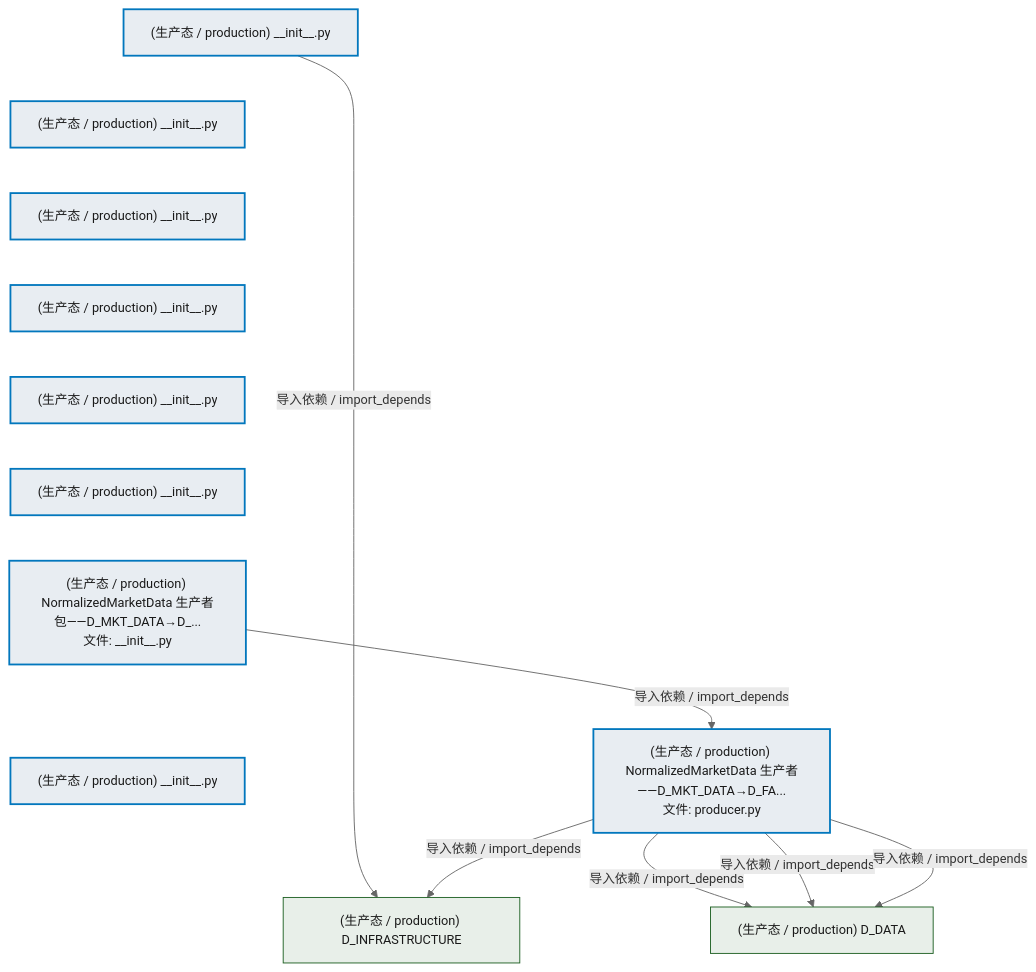
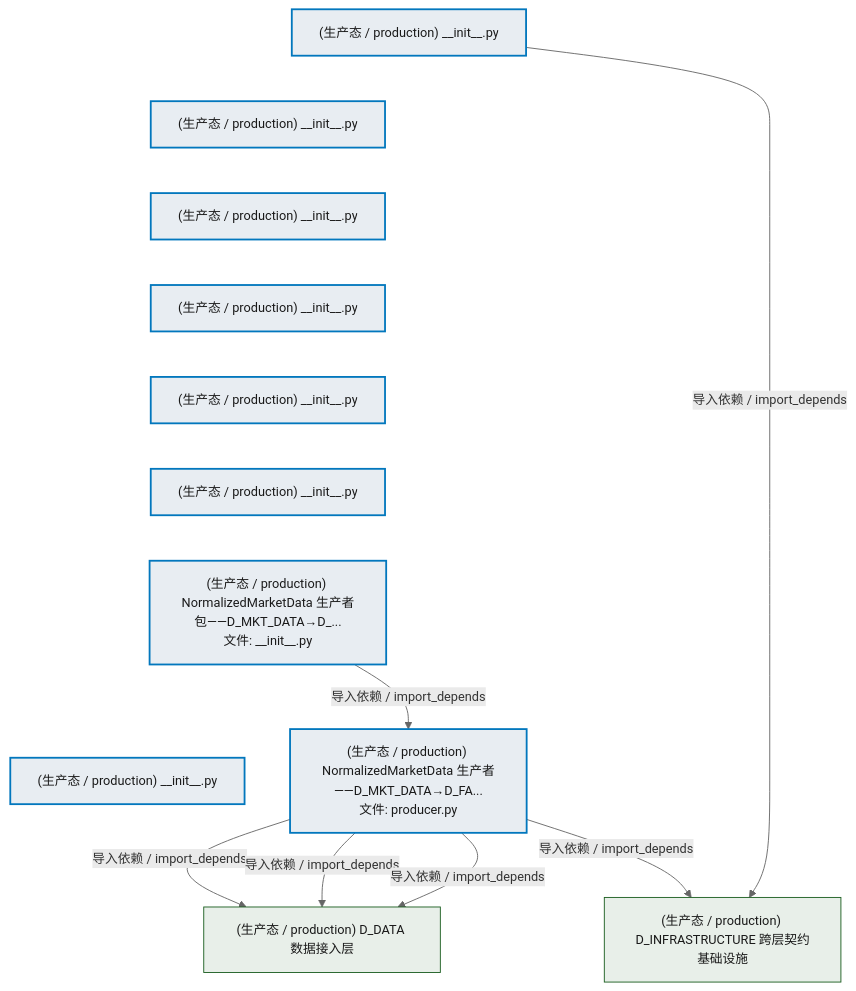
The second of 3 diagrams in docs/02_enterprise_architecture/02_domain_architecture_docs/23_d_mkt_data.md (xuanFelixVan/ZephyrAlpha), drawn with Mermaid before and after one commit. The commit also changed other lines of this file and 45 other files, not shown here.

````diff
--- a/docs/02_enterprise_architecture/02_domain_architecture_docs/23_d_mkt_data.md
+++ b/docs/02_enterprise_architecture/02_domain_architecture_docs/23_d_mkt_data.md
@@ -108,34 +108,34 @@
 ```mermaid
 %%{init: {'theme': 'base', 'themeVariables': {'primaryColor': '#eaeaea', 'primaryTextColor': '#333333', 'primaryBorderColor': '#666666', 'lineColor': '#666666', 'secondaryColor': '#eaeaea', 'tertiaryColor': '#eaeaea', 'fontSize': '14px'}}}%%
 flowchart TD
     src_zephyr_market_data_init_py["(生产态 / production) __init__.py"]
     src_zephyr_market_data_extensions_init_py["(生产态 / production) __init__.py"]
     src_zephyr_market_data_api_init_py["(生产态 / production) __init__.py"]
     src_zephyr_market_data_core_init_py["(生产态 / production) __init__.py"]
     src_zephyr_market_data_infrastructure_init_py["(生产态 / production) __init__.py"]
     src_zephyr_market_data_models_init_py["(生产态 / production) __init__.py"]
     src_zephyr_market_data_normalized_market_data_producer_init_py["(生产态 / production) NormalizedMarketData 生产者包——D_MKT_DATA→D_...<br/>文件: __init__.py"]
     src_zephyr_market_data_services_init_py["(生产态 / production) __init__.py"]
     src_zephyr_market_data_init_py ~~~ src_zephyr_market_data_extensions_init_py
     src_zephyr_market_data_extensions_init_py ~~~ src_zephyr_market_data_api_init_py
     src_zephyr_market_data_api_init_py ~~~ src_zephyr_market_data_core_init_py
     src_zephyr_market_data_core_init_py ~~~ src_zephyr_market_data_infrastructure_init_py
     src_zephyr_market_data_infrastructure_init_py ~~~ src_zephyr_market_data_models_init_py
     src_zephyr_market_data_models_init_py ~~~ src_zephyr_market_data_normalized_market_data_producer_init_py
     src_zephyr_market_data_normalized_market_data_producer_init_py ~~~ src_zephyr_market_data_services_init_py
     src_zephyr_market_data_normalized_market_data_producer_producer_py["(生产态 / production) NormalizedMarketData 生产者——D_MKT_DATA→D_FA...<br/>文件: producer.py"]
     src_zephyr_market_data_normalized_market_data_producer_init_py -->|导入依赖 / import_depends| src_zephyr_market_data_normalized_market_data_producer_producer_py
-    D_INFRASTRUCTURE["(生产态 / production) D_INFRASTRUCTURE"]
-    src_zephyr_market_data_init_py -->|导入依赖 / import_depends| D_INFRASTRUCTURE
+    D_INFRASTRUCTURE["(生产态 / production) D_INFRASTRUCTURE 跨层契约基础设施"]
     src_zephyr_market_data_normalized_market_data_producer_producer_py -->|导入依赖 / import_depends| D_INFRASTRUCTURE
-    D_DATA["(生产态 / production) D_DATA"]
+    D_DATA["(生产态 / production) D_DATA 数据接入层"]
     src_zephyr_market_data_normalized_market_data_producer_producer_py -->|导入依赖 / import_depends| D_DATA
     src_zephyr_market_data_normalized_market_data_producer_producer_py -->|导入依赖 / import_depends| D_DATA
     src_zephyr_market_data_normalized_market_data_producer_producer_py -->|导入依赖 / import_depends| D_DATA
+    src_zephyr_market_data_init_py -->|导入依赖 / import_depends| D_INFRASTRUCTURE
     classDef production fill:#e8edf2,stroke:#0277bd,stroke-width:2px,color:#1a1a1a
     classDef design fill:#f0ebe3,stroke:#bf360c,stroke-width:2px,color:#1a1a1a,stroke-dasharray: 5 5
     classDef external_prod fill:#e8efe9,stroke:#1b5e20,stroke-width:1px,color:#1a1a1a
     classDef external_design fill:#efe5ea,stroke:#880e4f,stroke-width:1px,color:#1a1a1a,stroke-dasharray: 5 5
     class src_zephyr_market_data_init_py,src_zephyr_market_data_extensions_init_py,src_zephyr_market_data_api_init_py,src_zephyr_market_data_core_init_py,src_zephyr_market_data_infrastructure_init_py,src_zephyr_market_data_models_init_py,src_zephyr_market_data_normalized_market_data_producer_init_py,src_zephyr_market_data_normalized_market_data_producer_producer_py,src_zephyr_market_data_services_init_py production
     class D_INFRASTRUCTURE,D_DATA external_prod
 ```
````
